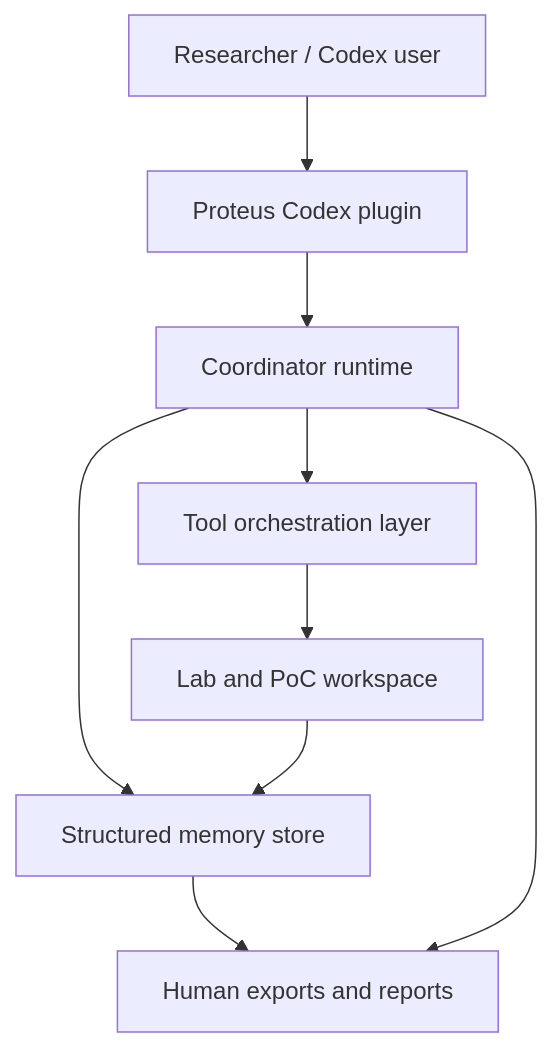
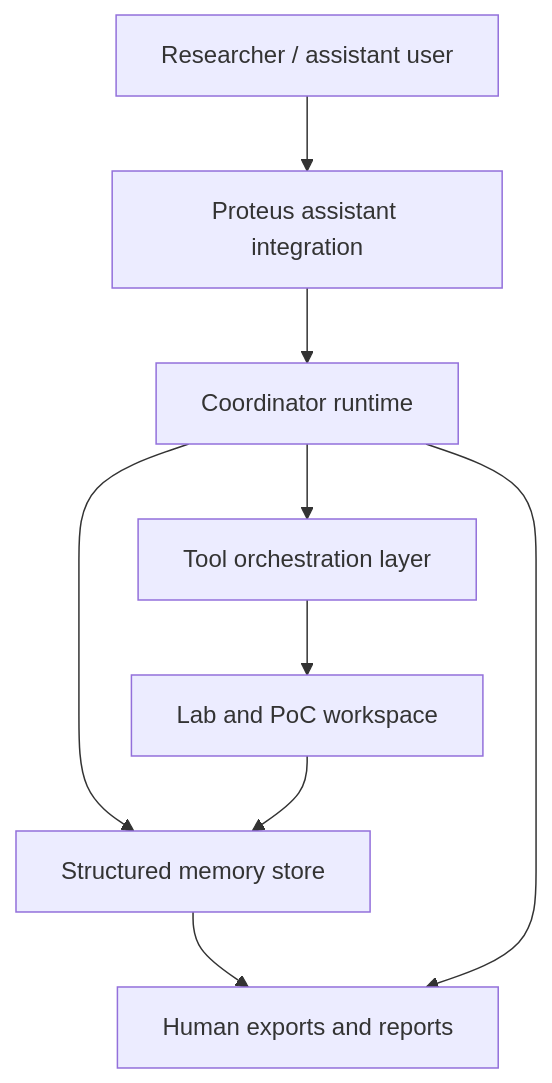
One commit to rafabd1/Proteus changed the first of 2 diagrams in docs/ARCHITECTURE.md. Above: the diagram before and after it, drawn with Mermaid. The commit also changed other lines of this file and 7 other files, not shown here.

Commit message:
Generalize assistant integration docs

````diff
--- a/docs/ARCHITECTURE.md
+++ b/docs/ARCHITECTURE.md
@@ -7,19 +7,19 @@
 ```mermaid
 flowchart TD
-  User["Researcher / Codex user"]
-  Plugin["Proteus Codex plugin"]
+  User["Researcher / assistant user"]
+  Plugin["Proteus assistant integration"]
   Coordinator["Coordinator runtime"]
   Memory["Structured memory store"]
   Tools["Tool orchestration layer"]
   Labs["Lab and PoC workspace"]
   Export["Human exports and reports"]
 
   User --> Plugin
   Plugin --> Coordinator
   Coordinator --> Memory
   Coordinator --> Tools
   Tools --> Labs
   Labs --> Memory
   Memory --> Export
   Coordinator --> Export
 ```
````
